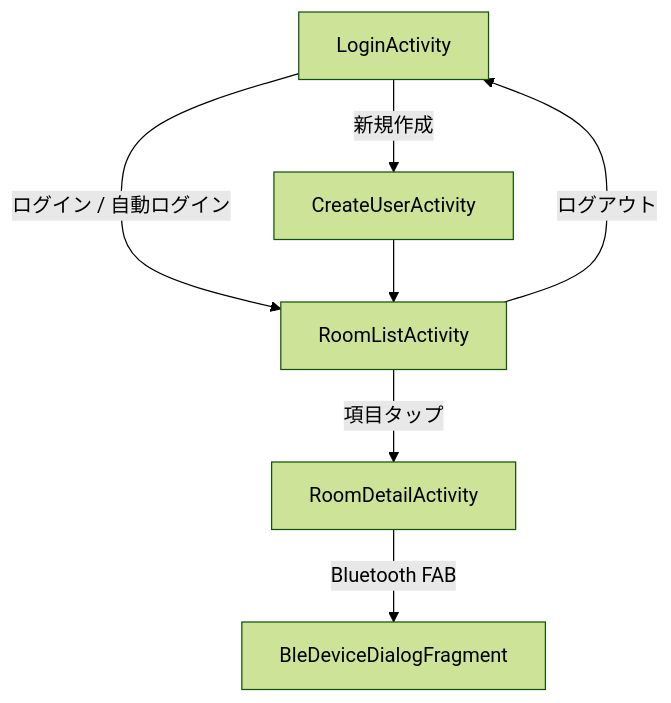
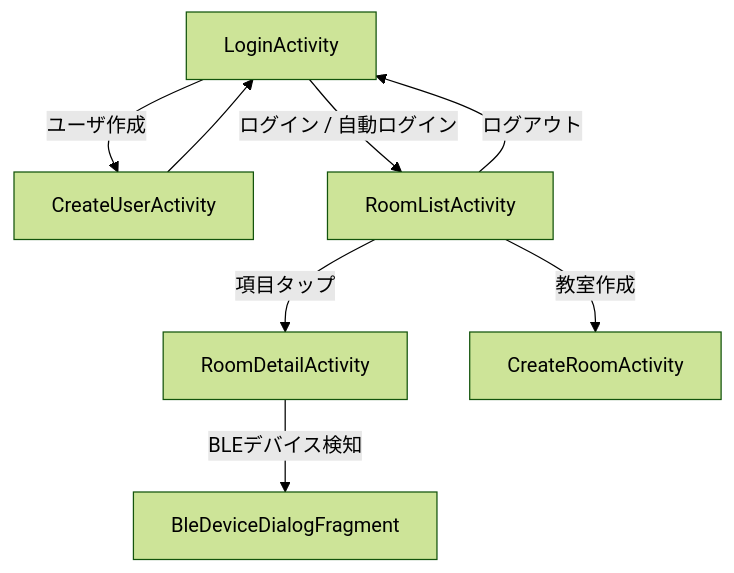
The diagram in README.md (YoshiharaTakahiro/RoomMonitor), drawn with Mermaid (forest theme) before and after one commit. The commit also changed other lines of this file and 1 other file, not shown here.

````diff
--- a/README.md
+++ b/README.md
@@ -50,9 +50,10 @@
 ```mermaid
 flowchart TD
-    Login[LoginActivity] -->|新規作成| CreateUser[CreateUserActivity]
+    Login[LoginActivity] -->|ユーザ作成| CreateUser[CreateUserActivity]
     Login -->|ログイン / 自動ログイン| RoomList[RoomListActivity]
-    CreateUser --> RoomList
+    CreateUser --> Login
     RoomList -->|項目タップ| RoomDetail[RoomDetailActivity]
     RoomList -->|ログアウト| Login
-    RoomDetail -->|Bluetooth FAB| BleDialog[BleDeviceDialogFragment]
+    RoomList -->|教室作成| CreateRoom[CreateRoomActivity]
+    RoomDetail -->|BLEデバイス検知| BleDialog[BleDeviceDialogFragment]
 ```
````
